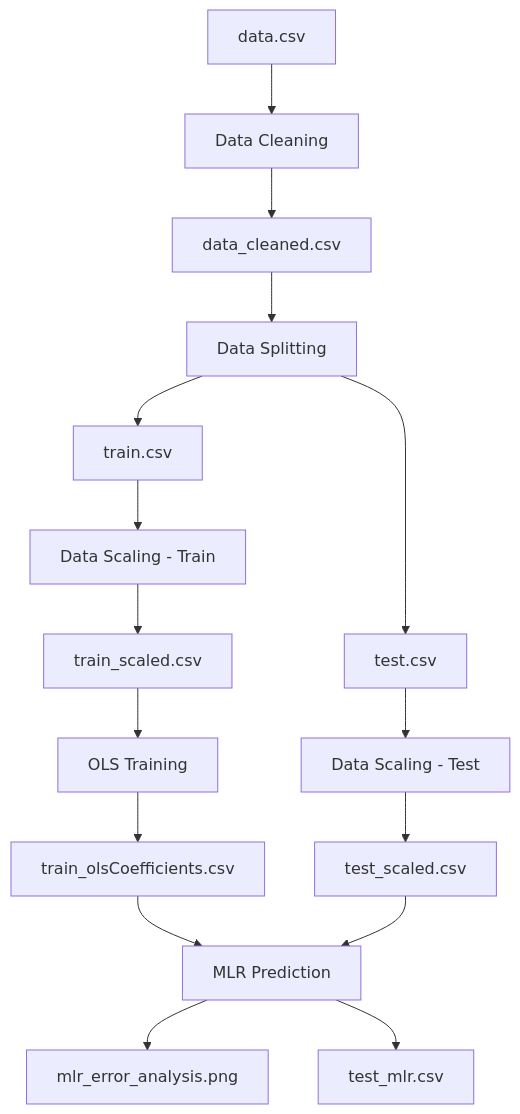
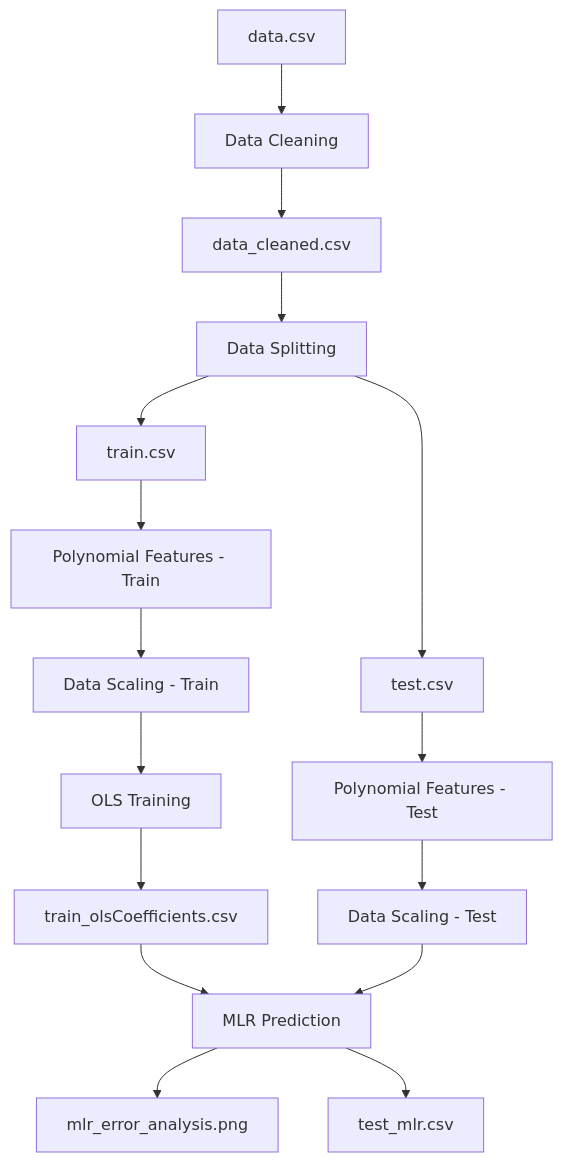
One commit to AmeliaOchaM/mlr-ols-prediction changed the diagram in README.md. Above: the diagram before and after it, drawn with Mermaid. The commit also changed 10 other files, not shown here.

````diff
--- a/README.md
+++ b/README.md
@@ -18,18 +18,18 @@
 ```mermaid
 graph TD
     A[data.csv] --> B[Data Cleaning]
     B --> C[data_cleaned.csv]
     C --> D[Data Splitting]
     D --> E[train.csv]
     D --> F[test.csv]
-    E --> G[Data Scaling - Train]
-    F --> H[Data Scaling - Test]
-    G --> I[train_scaled.csv]
-    H --> J[test_scaled.csv]
+    E --> G[Polynomial Features - Train]
+    F --> H[Polynomial Features - Test]
+    G --> I[Data Scaling - Train]
+    H --> J[Data Scaling - Test]
     I --> K[OLS Training]
     K --> L[train_olsCoefficients.csv]
     L --> M[MLR Prediction]
     J --> M
     M --> N[mlr_error_analysis.png]
     M --> O[test_mlr.csv]
 ```
````
